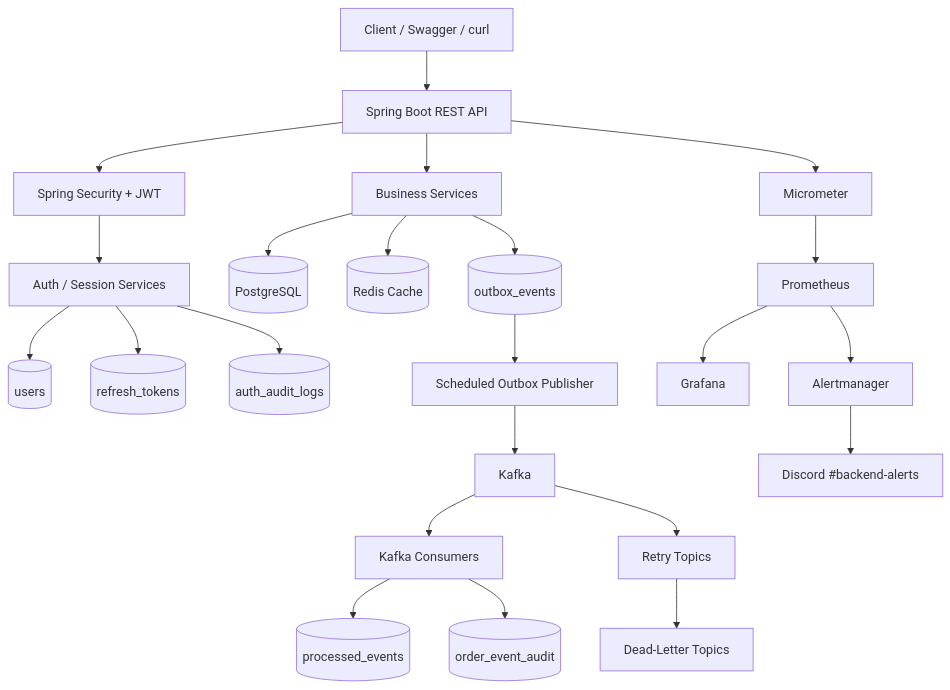
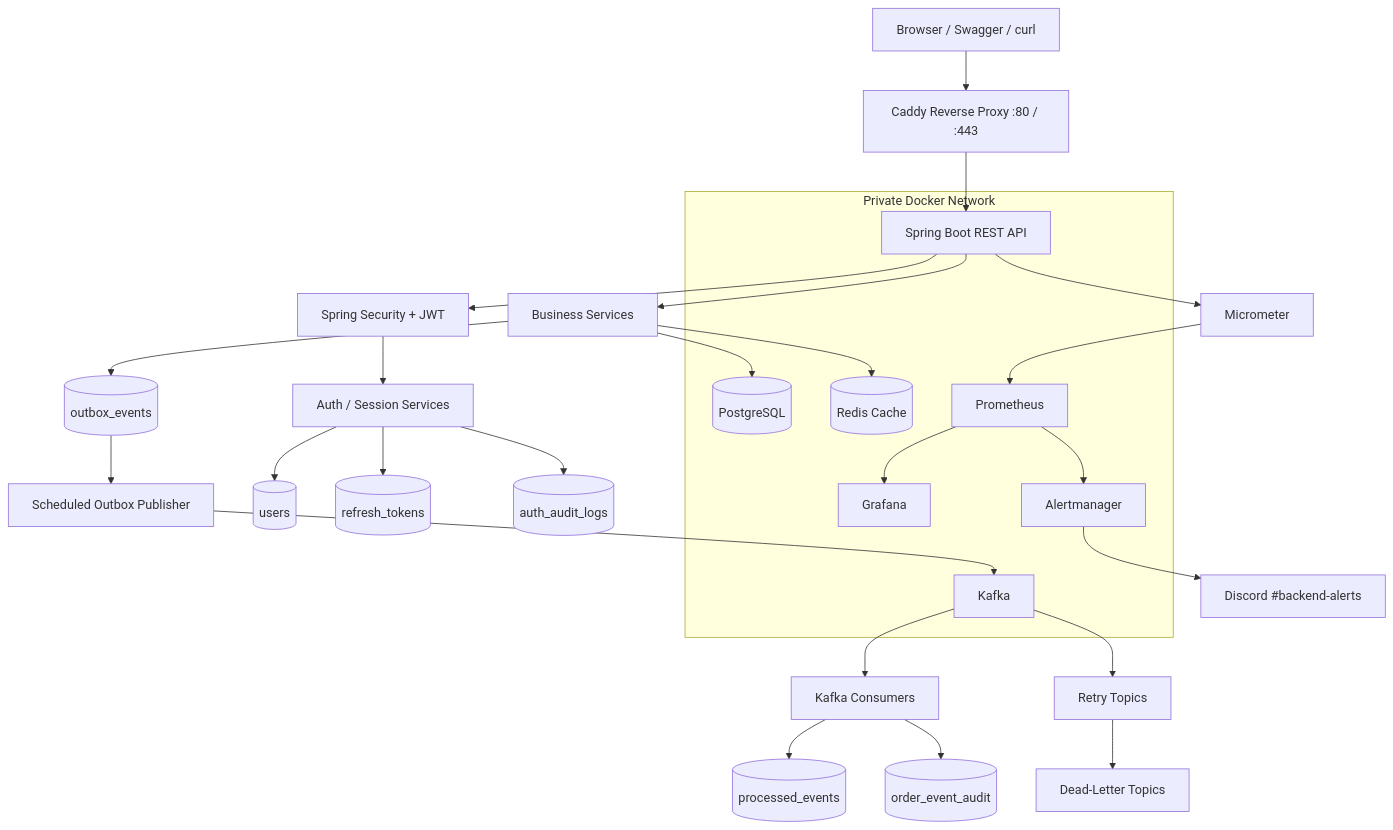
One commit to ravan-chuang/spring-boot-ecommerce-backend changed the diagram in README.md. Above: the diagram before and after it, drawn with Mermaid. The commit also changed other lines of this file, not shown here.

````diff
--- a/README.md
+++ b/README.md
@@ -45,28 +47,39 @@
 ```mermaid
 flowchart TD
-    Client[Client / Swagger / curl] --> API[Spring Boot REST API]
+    Client[Browser / Swagger / curl] --> Caddy[Caddy Reverse Proxy :80 / :443]
+    Caddy --> API[Spring Boot REST API]
     API --> Security[Spring Security + JWT]
     Security --> Auth[Auth / Session Services]
     Auth --> Users[(users)]
     Auth --> RefreshTokens[(refresh_tokens)]
     Auth --> AuthAudit[(auth_audit_logs)]
 
     API --> Services[Business Services]
     Services --> PostgreSQL[(PostgreSQL)]
     Services --> Redis[(Redis Cache)]
     Services --> Outbox[(outbox_events)]
 
     Outbox --> Publisher[Scheduled Outbox Publisher]
     Publisher --> Kafka[Kafka]
     Kafka --> Consumer[Kafka Consumers]
     Consumer --> Processed[(processed_events)]
     Consumer --> OrderAudit[(order_event_audit)]
     Kafka --> Retry[Retry Topics]
     Retry --> DLT[Dead-Letter Topics]
 
     API --> Metrics[Micrometer]
     Metrics --> Prometheus[Prometheus]
     Prometheus --> Grafana[Grafana]
     Prometheus --> Alertmanager[Alertmanager]
     Alertmanager --> Discord[Discord #backend-alerts]
+
+    subgraph Private Docker Network
+      API
+      PostgreSQL
+      Redis
+      Kafka
+      Prometheus
+      Grafana
+      Alertmanager
+    end
 ```
````
